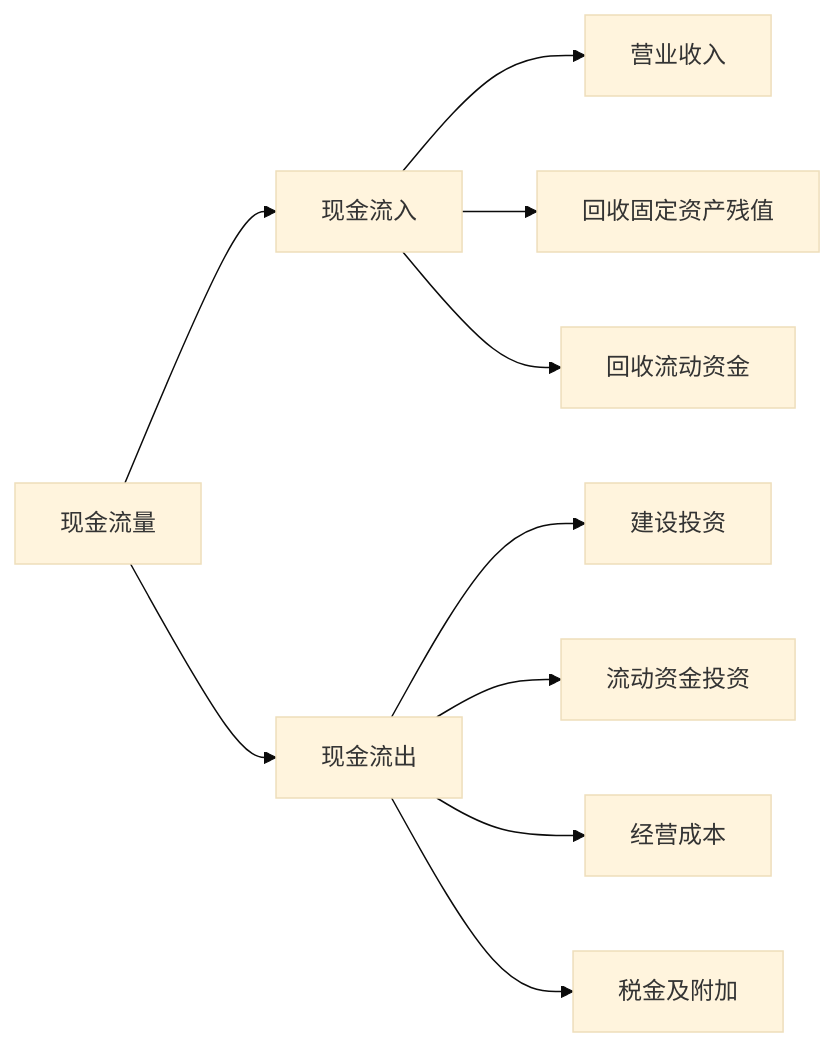
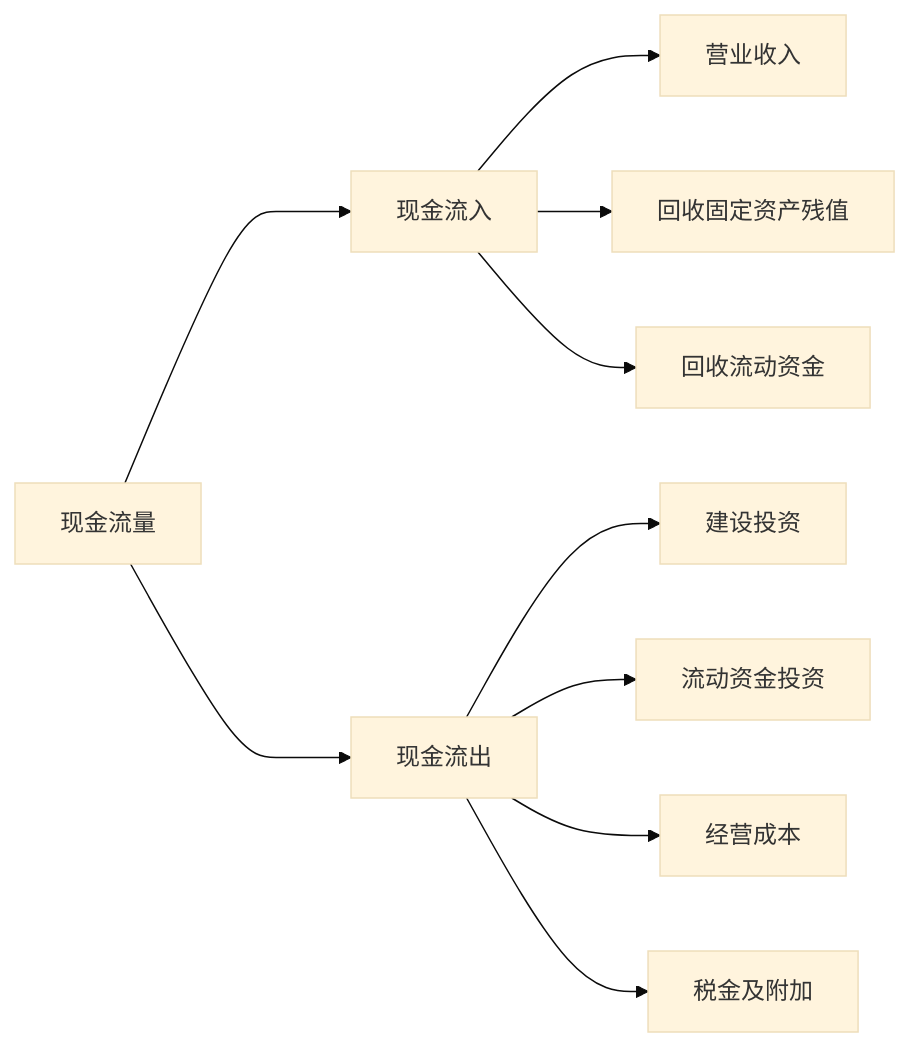
The first of 2 diagrams in src/site/notes/现金流量.md (UNLINEARITY/Learn-Everything), drawn with Mermaid (base theme) before and after one commit. The commit also changed other lines of this file and 20 other files, not shown here.

````diff
--- a/src/site/notes/现金流量.md
+++ b/src/site/notes/现金流量.md
@@ -31,7 +31,7 @@
 ```mermaid
 flowchart LR
-	现金流量-->id[现金流入] & 现金流出
+	现金流量--->id[现金流入] & 现金流出
 	id-->营业收入 & 回收固定资产残值 & 回收流动资金
 	现金流出-->建设投资 & 流动资金投资 & 经营成本 & 税金及附加
 	
 ```
````
